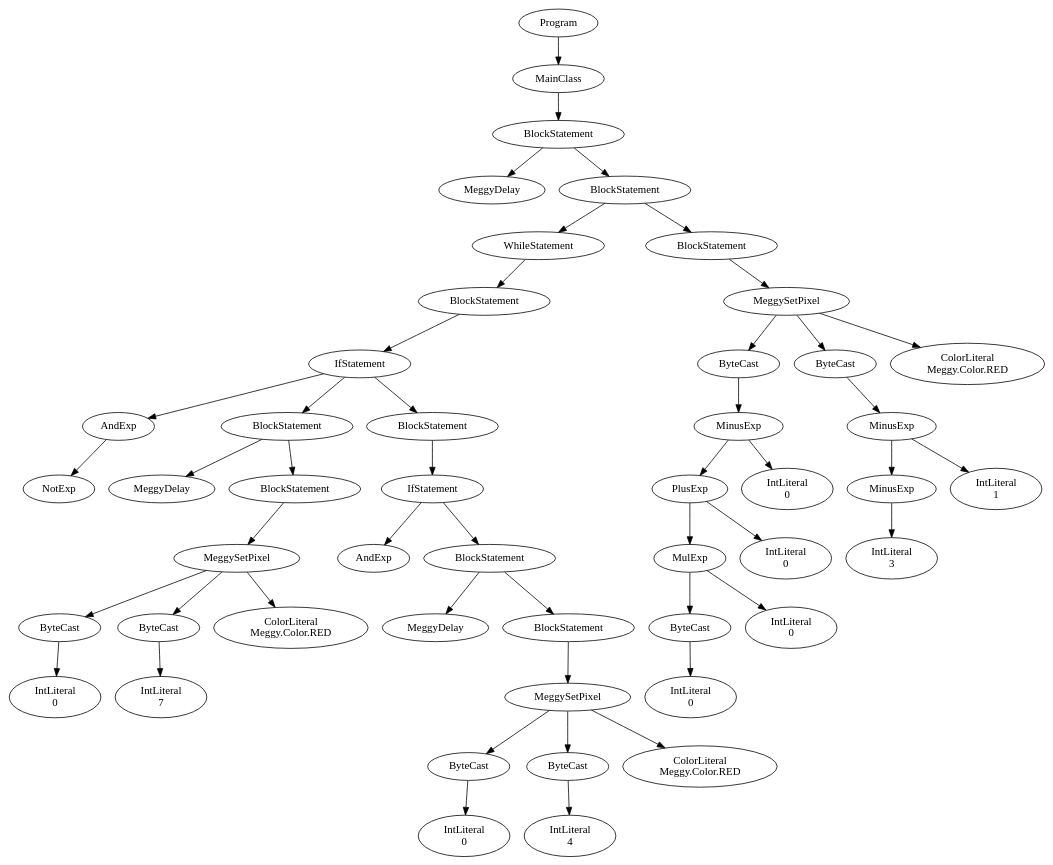
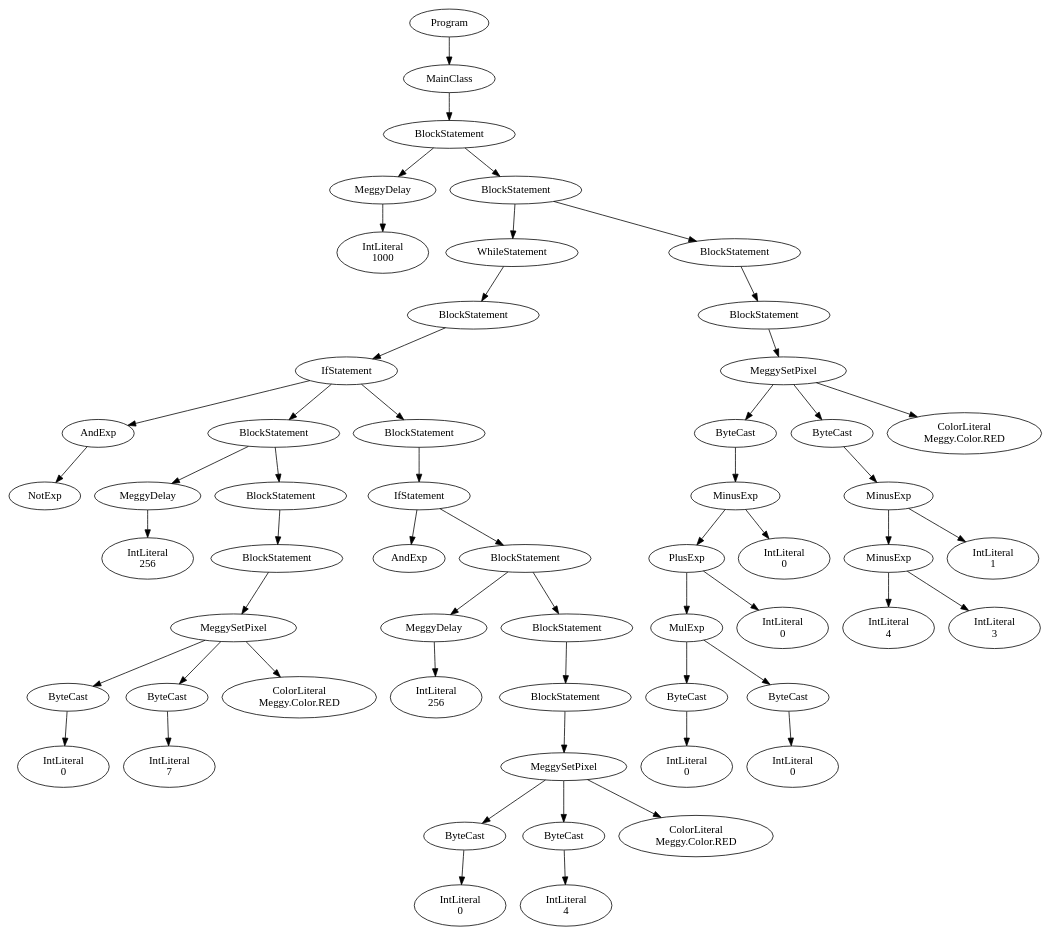
The diagram in PA3Cylon.java.ast.dot (karmaUdel/Meggy-Java-Compiler), drawn with Graphviz before and after one commit. The commit also changed 11 other files, not shown here.

Commit message:
Fixed unary minus/not sure how to add to tree??

```diff
--- a/PA3Cylon.java.ast.dot
+++ b/PA3Cylon.java.ast.dot
@@ -1,97 +1,113 @@
 digraph ASTGraph {
 0 [ label="Program" ];
 1 [ label="MainClass" ];
 0 -> 1
 2 [ label="BlockStatement" ];
 1 -> 2
 3 [ label="MeggyDelay" ];
 2 -> 3
-4 [ label="BlockStatement" ];
-2 -> 4
-5 [ label="WhileStatement" ];
-4 -> 5
-6 [ label="BlockStatement" ];
+4 [ label="IntLiteral\n1000" ];
+3 -> 4
+5 [ label="BlockStatement" ];
+2 -> 5
+6 [ label="WhileStatement" ];
 5 -> 6
-7 [ label="IfStatement" ];
+7 [ label="BlockStatement" ];
 6 -> 7
-8 [ label="AndExp" ];
+8 [ label="IfStatement" ];
 7 -> 8
-9 [ label="NotExp" ];
+9 [ label="AndExp" ];
 8 -> 9
-10 [ label="BlockStatement" ];
-7 -> 10
-11 [ label="MeggyDelay" ];
-10 -> 11
-12 [ label="BlockStatement" ];
-10 -> 12
-13 [ label="MeggySetPixel" ];
+10 [ label="NotExp" ];
+9 -> 10
+11 [ label="BlockStatement" ];
+8 -> 11
+12 [ label="MeggyDelay" ];
+11 -> 12
+13 [ label="IntLiteral\n256" ];
 12 -> 13
-14 [ label="ByteCast" ];
-13 -> 14
-15 [ label="IntLiteral\n0" ];
+14 [ label="BlockStatement" ];
+11 -> 14
+15 [ label="BlockStatement" ];
 14 -> 15
-16 [ label="ByteCast" ];
-13 -> 16
-17 [ label="IntLiteral\n7" ];
+16 [ label="MeggySetPixel" ];
+15 -> 16
+17 [ label="ByteCast" ];
 16 -> 17
-18 [ label="ColorLiteral\nMeggy.Color.RED" ];
-13 -> 18
-19 [ label="BlockStatement" ];
-7 -> 19
-20 [ label="IfStatement" ];
+18 [ label="IntLiteral\n0" ];
+17 -> 18
+19 [ label="ByteCast" ];
+16 -> 19
+20 [ label="IntLiteral\n7" ];
 19 -> 20
-21 [ label="AndExp" ];
-20 -> 21
+21 [ label="ColorLiteral\nMeggy.Color.RED" ];
+16 -> 21
 22 [ label="BlockStatement" ];
-20 -> 22
-23 [ label="MeggyDelay" ];
+8 -> 22
+23 [ label="IfStatement" ];
 22 -> 23
-24 [ label="BlockStatement" ];
-22 -> 24
-25 [ label="MeggySetPixel" ];
-24 -> 25
-26 [ label="ByteCast" ];
+24 [ label="AndExp" ];
+23 -> 24
+25 [ label="BlockStatement" ];
+23 -> 25
+26 [ label="MeggyDelay" ];
 25 -> 26
-27 [ label="IntLiteral\n0" ];
+27 [ label="IntLiteral\n256" ];
 26 -> 27
-28 [ label="ByteCast" ];
+28 [ label="BlockStatement" ];
 25 -> 28
-29 [ label="IntLiteral\n4" ];
+29 [ label="BlockStatement" ];
 28 -> 29
-30 [ label="ColorLiteral\nMeggy.Color.RED" ];
-25 -> 30
-31 [ label="BlockStatement" ];
-4 -> 31
-32 [ label="MeggySetPixel" ];
+30 [ label="MeggySetPixel" ];
+29 -> 30
+31 [ label="ByteCast" ];
+30 -> 31
+32 [ label="IntLiteral\n0" ];
 31 -> 32
 33 [ label="ByteCast" ];
-32 -> 33
-34 [ label="MinusExp" ];
+30 -> 33
+34 [ label="IntLiteral\n4" ];
 33 -> 34
-35 [ label="PlusExp" ];
-34 -> 35
-36 [ label="MulExp" ];
-35 -> 36
-37 [ label="ByteCast" ];
+35 [ label="ColorLiteral\nMeggy.Color.RED" ];
+30 -> 35
+36 [ label="BlockStatement" ];
+5 -> 36
+37 [ label="BlockStatement" ];
 36 -> 37
-38 [ label="IntLiteral\n0" ];
+38 [ label="MeggySetPixel" ];
 37 -> 38
-39 [ label="IntLiteral\n0" ];
-36 -> 39
-40 [ label="IntLiteral\n0" ];
-35 -> 40
-41 [ label="IntLiteral\n0" ];
-34 -> 41
-42 [ label="ByteCast" ];
-32 -> 42
-43 [ label="MinusExp" ];
+39 [ label="ByteCast" ];
+38 -> 39
+40 [ label="MinusExp" ];
+39 -> 40
+41 [ label="PlusExp" ];
+40 -> 41
+42 [ label="MulExp" ];
+41 -> 42
+43 [ label="ByteCast" ];
 42 -> 43
-44 [ label="MinusExp" ];
+44 [ label="IntLiteral\n0" ];
 43 -> 44
-45 [ label="IntLiteral\n3" ];
-44 -> 45
-46 [ label="IntLiteral\n1" ];
-43 -> 46
-47 [ label="ColorLiteral\nMeggy.Color.RED" ];
-32 -> 47
+45 [ label="ByteCast" ];
+42 -> 45
+46 [ label="IntLiteral\n0" ];
+45 -> 46
+47 [ label="IntLiteral\n0" ];
+41 -> 47
+48 [ label="IntLiteral\n0" ];
+40 -> 48
+49 [ label="ByteCast" ];
+38 -> 49
+50 [ label="MinusExp" ];
+49 -> 50
+51 [ label="MinusExp" ];
+50 -> 51
+52 [ label="IntLiteral\n4" ];
+51 -> 52
+53 [ label="IntLiteral\n3" ];
+51 -> 53
+54 [ label="IntLiteral\n1" ];
+50 -> 54
+55 [ label="ColorLiteral\nMeggy.Color.RED" ];
+38 -> 55
 }
```
